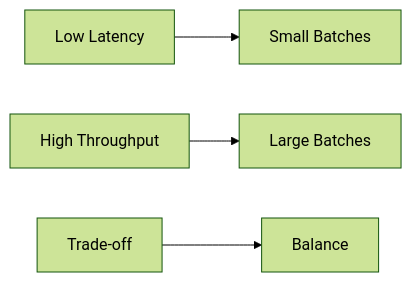
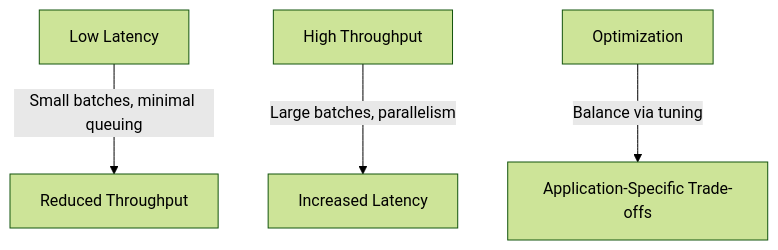
Before and after one commit to VrushankPatel/interview-matters: the first of 2 diagrams in latency-and-throughput-zero-to-hero/README.md, drawn with Mermaid (forest theme). The commit also changed other lines of this file and 7 other files, not shown here.

````diff
--- a/latency-and-throughput-zero-to-hero/README.md
+++ b/latency-and-throughput-zero-to-hero/README.md
@@ -26,6 +39,6 @@
 ```mermaid
-graph LR
-    A[Low Latency] --> B[Small Batches]
-    C[High Throughput] --> D[Large Batches]
-    E[Trade-off] --> F[Balance]
+graph TD
+    A[Low Latency] -->|Small batches, minimal queuing| B[Reduced Throughput]
+    C[High Throughput] -->|Large batches, parallelism| D[Increased Latency]
+    E[Optimization] -->|Balance via tuning| F[Application-Specific Trade-offs]
 ```
````
